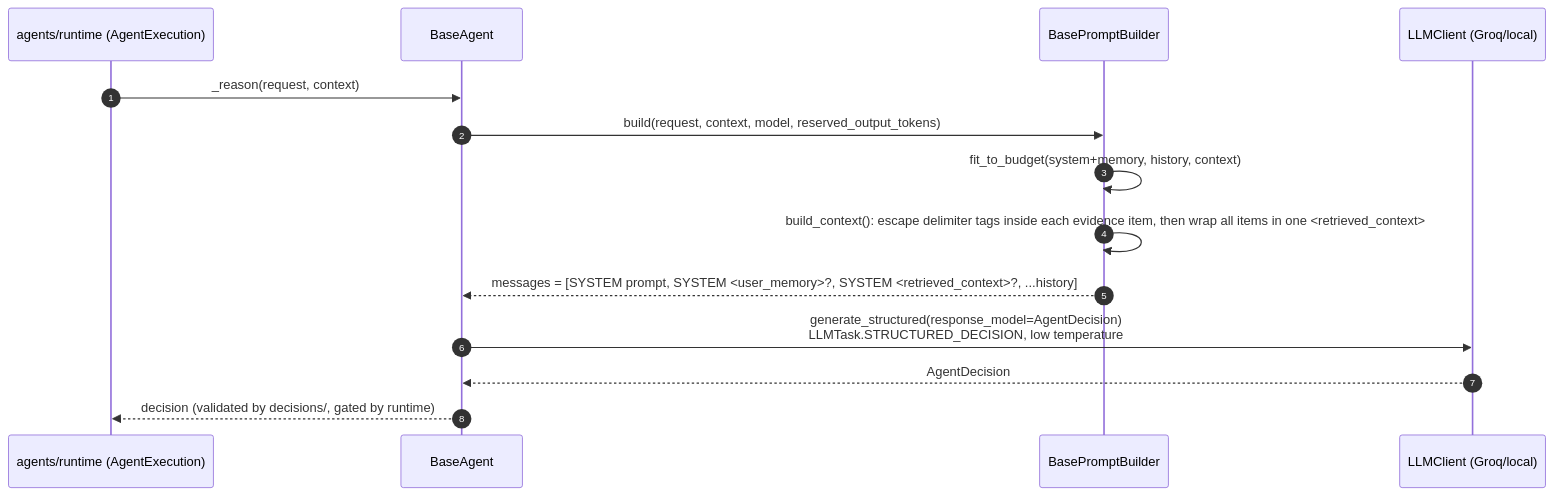
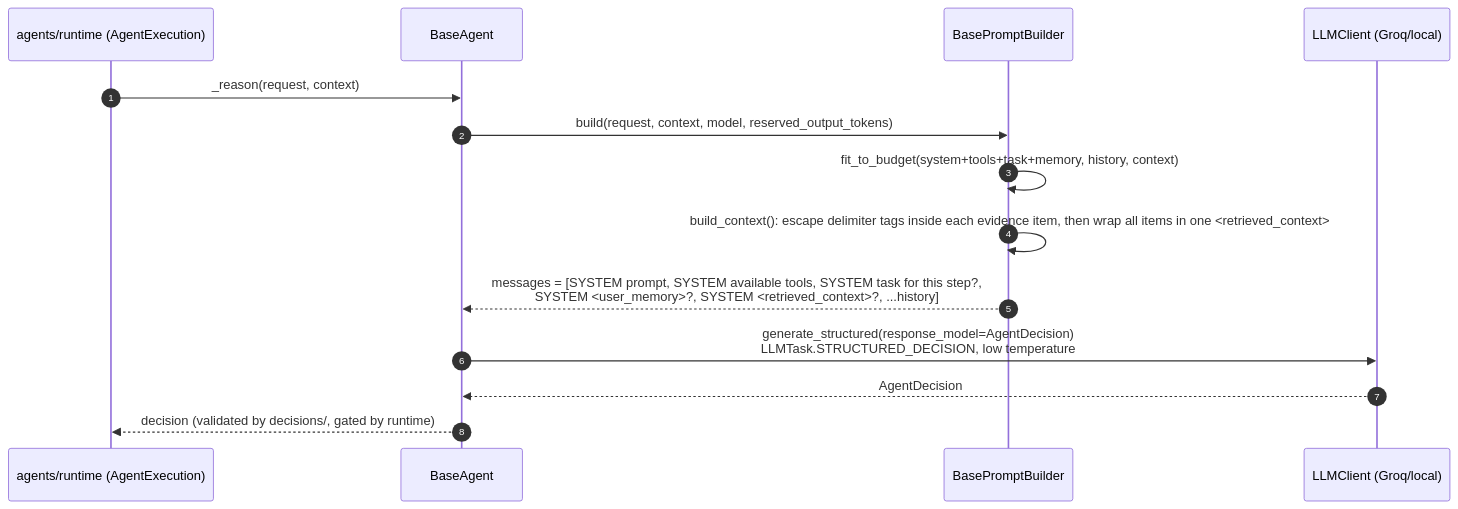
Before and after one commit to bharatkse/juris-ai: the diagram in server/src/agentic/agents/README.md, drawn with Mermaid. The commit also changed other lines of this file and 59 other files, not shown here.

````diff
--- a/server/src/agentic/agents/README.md
+++ b/server/src/agentic/agents/README.md
@@ -30,17 +32,17 @@
 ```mermaid
 sequenceDiagram
     autonumber
     participant RT as agents/runtime (AgentExecution)
     participant A as BaseAgent
     participant PB as BasePromptBuilder
     participant LLM as LLMClient (Groq/local)
 
     RT->>A: _reason(request, context)
     A->>PB: build(request, context, model, reserved_output_tokens)
-    PB->>PB: fit_to_budget(system+memory, history, context)
+    PB->>PB: fit_to_budget(system+tools+task+memory, history, context)
     PB->>PB: build_context(): escape delimiter tags inside each evidence item, then wrap all items in one <retrieved_context>
-    PB-->>A: messages = [SYSTEM prompt, SYSTEM <user_memory>?, SYSTEM <retrieved_context>?, ...history]
+    PB-->>A: messages = [SYSTEM prompt, SYSTEM available tools, SYSTEM task for this step?,<br/>SYSTEM <user_memory>?, SYSTEM <retrieved_context>?, ...history]
     A->>LLM: generate_structured(response_model=AgentDecision)<br/>LLMTask.STRUCTURED_DECISION, low temperature
     LLM-->>A: AgentDecision
     A-->>RT: decision (validated by decisions/, gated by runtime)
 ```
````
